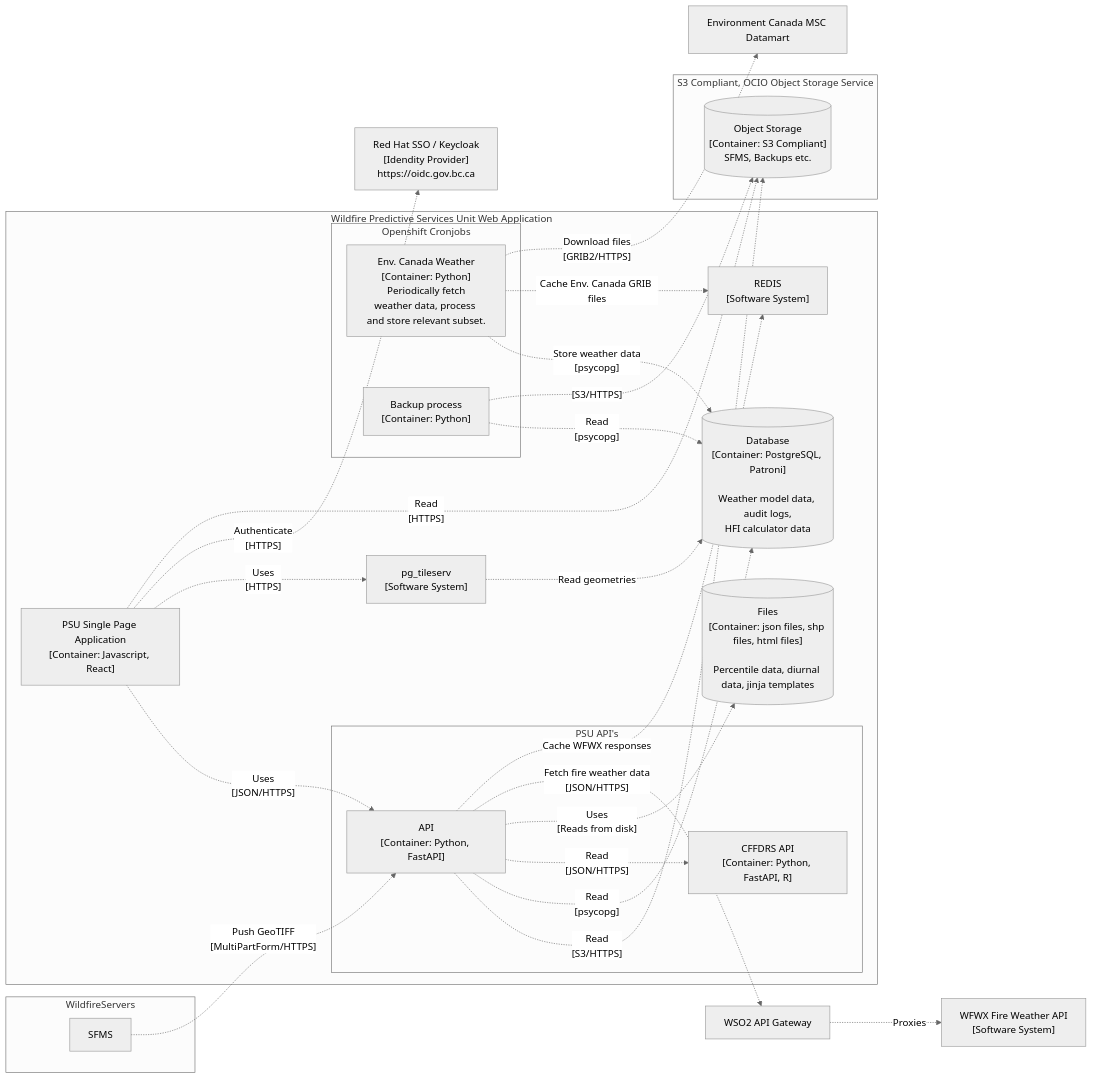
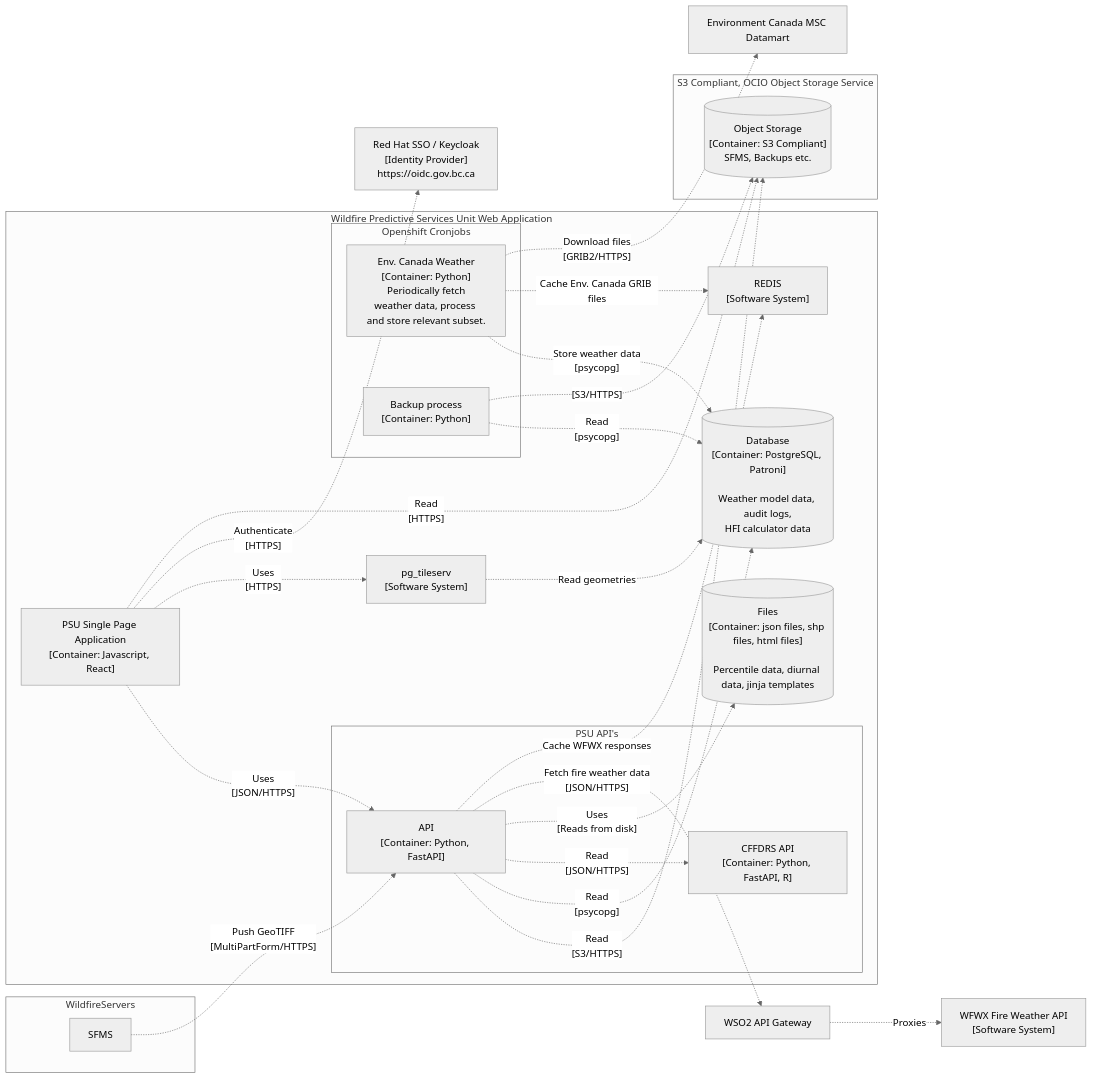
One commit to bcgov/wps changed the diagram in docs/ARCH.md. Above: the diagram before and after it, drawn with Mermaid (neutral theme). The commit also changed 8 other files, not shown here.

````diff
--- a/docs/ARCH.md
+++ b/docs/ARCH.md
@@ -5,61 +5,61 @@
 ```mermaid
 graph LR
 
     datamart["Environment Canada MSC Datamart"]
 
     wf1["WFWX Fire Weather API</br>[Software System]"]
 
     wso2["WSO2 API Gateway"]
 
-    sso["Red Hat SSO / Keycloak</br>[Idendity Provider]</br>https://oidc.gov.bc.ca"]
+    sso["Red Hat SSO / Keycloak</br>[Identity Provider]</br>https://oidc.gov.bc.ca"]
 
     subgraph Wildfire Predictive Services Unit Web Application
         FrontEnd["PSU Single Page Application</br>[Container: Javascript, React]"]
 
         subgraph PSU API's
             API["API</br>[Container: Python, FastAPI]"]
             CFFDRS_API["CFFDRS API</br>[Container: Python, FastAPI, R]"]
         end
 
         pg_tileserv["pg_tileserv</br>[Software System]"]
         redis["REDIS</br>[Software System]"]
 
         subgraph Openshift Cronjobs
             env-canada["Env. Canada Weather</br>[Container: Python]</br> Periodically fetch weather data, process and store relevant subset."]
             backup["Backup process</br>[Container: Python]"]
         end
 
         Database[("Database</br>[Container: PostgreSQL, Patroni]</br></br>Weather model data, audit logs,</br>HFI calculator data")]
         Files[("Files</br>[Container: json files, shp files, html files]</br></br>Percentile data, diurnal data, jinja templates")]
 
     end
 
     subgraph "S3 Compliant, OCIO Object Storage Service"
         s3[("Object Storage</br>[Container: S3 Compliant]</br>SFMS, Backups etc.")]
     end
 
     subgraph WildfireServers
         SFMS
     end
 
     SFMS-."Push GeoTIFF</br>[MultiPartForm/HTTPS]".->API
 
     API-. "Read</br>[S3/HTTPS]" .->s3
     API-.->|"Read</br>[psycopg]"|Database
     API-.->|"Read</br>[JSON/HTTPS]"|CFFDRS_API
     API-.->|"Uses</br>[Reads from disk]"|Files
     API-. "Fetch fire weather data</br>[JSON/HTTPS]" .->wso2
     API-. "Cache WFWX responses" .->redis
     wso2-. "Proxies" .->wf1
     pg_tileserv-. "Read geometries" .->Database
     FrontEnd-.->|"Uses</br>[JSON/HTTPS]"|API
     FrontEnd-.->|"Uses</br>[HTTPS]"|pg_tileserv
     FrontEnd-. "Authenticate</br>[HTTPS]" .->sso
     FrontEnd-. "Read</br>[HTTPS]" .->s3
     env-canada-. "Store weather data</br>[psycopg]" .->Database
     env-canada-. "Cache Env. Canada GRIB files" .->redis
     env-canada-. "Download files</br>[GRIB2/HTTPS]" .->datamart
     backup-. "Read</br>[psycopg]" .->Database
     backup-. "[S3/HTTPS] " .->s3
 
 ```
````
